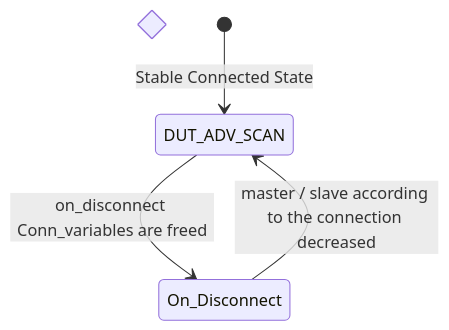
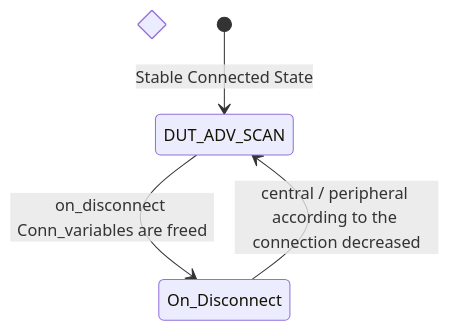
Before and after one commit to SiliconLabs/wiseconnect-wifi-bt-sdk: the fifth of 8 diagrams in examples/snippets/wlan_ble/wlan_ble_ae_coex_app/ble/ble_lld.md, drawn with Mermaid. The commit also changed other lines of this file and 22 other files, not shown here.

````diff
--- a/examples/snippets/wlan_ble/wlan_ble_ae_coex_app/ble/ble_lld.md
+++ b/examples/snippets/wlan_ble/wlan_ble_ae_coex_app/ble/ble_lld.md
@@ -98,9 +98,9 @@
 ```mermaid
 stateDiagram-v2
 	DUT_ADV_SCAN
 	On_Disconnect
 	state disconnection <<choice>>
 	[*] --> DUT_ADV_SCAN : Stable Connected State
 	DUT_ADV_SCAN --> On_Disconnect : on_disconnect Conn_variables are freed
-	On_Disconnect --> DUT_ADV_SCAN : master / slave according to the connection decreased
+	On_Disconnect --> DUT_ADV_SCAN : central / peripheral according to the connection decreased
 ```
````
